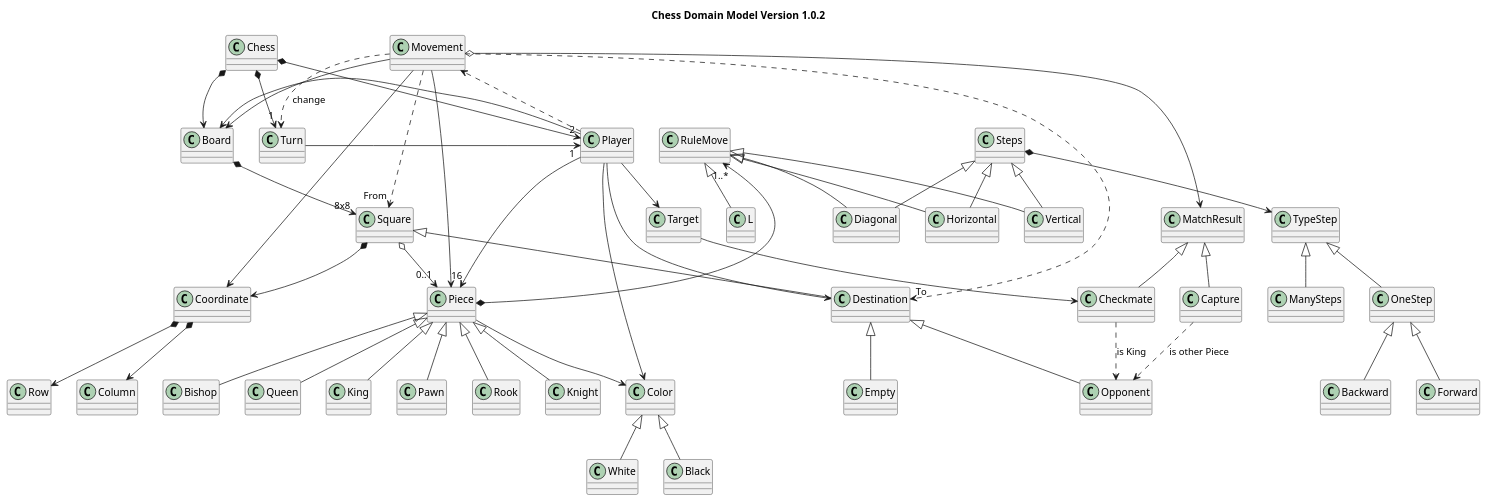
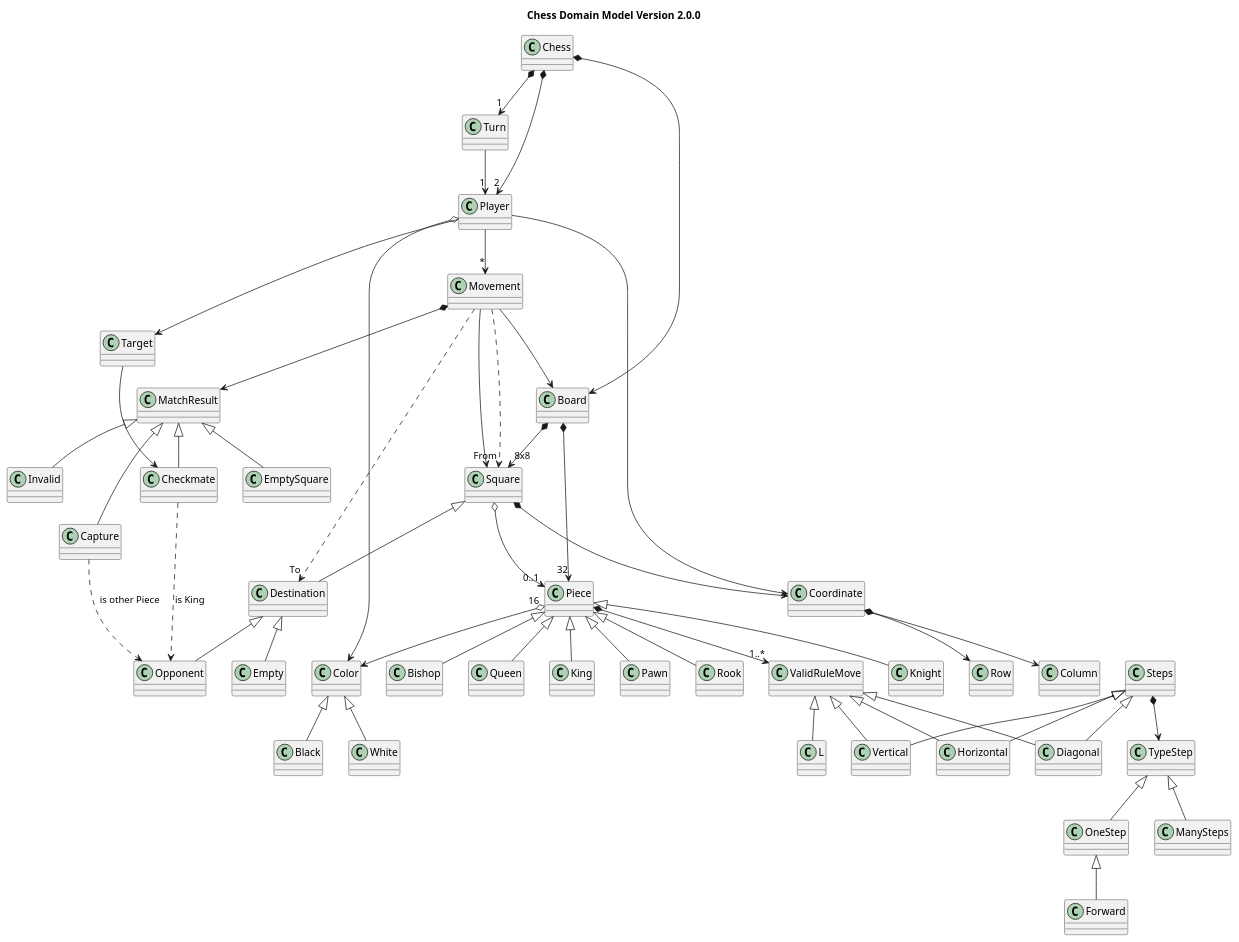
One commit to Master-Desarrollo-20-21/ejercicio-4-ajedrez-polimorfismo-kodenix changed the diagram in chess-domainmodel.puml. Above: the diagram before and after it, drawn with PlantUML. The commit also changed 1 other file, not shown here.

Commit message:
Added new version of domain model diagram

```diff
--- a/chess-domainmodel.puml
+++ b/chess-domainmodel.puml
@@ -1,127 +1,100 @@
-@startuml ChessDomainModel_v1_0_2
+@startuml ChessDomainModel_v2_0_0
 
-	title Chess Domain Model Version 1.0.2
+	title Chess Domain Model Version 2.0.0
 
 	class Chess
-	
-	
-	
     class Square
 	class Empty
 	class Opponent
-    
     class Coordinate
     
 	together {
-		class Player	
-		class RuleMove
-	
+		
 	}
-	
-		class Board
-		class Piece
-		
-	
-
-	
-		class Movement
-		class Turn
-		class RuleMove
+	class Player	
+	class ValidRuleMove
 	
 	
+	class Board
+	class Piece
+	class Movement
+	class Turn
+	class ValidRuleMove
 	class Pawn
 	class Rook
 	class Knight
 	class Bishop
 	class Queen
 	class King
 	class Color
 	class White
 	class Black
-	
-	
 	class Checkmate
 	class Capture
-
 	class Target
 	class Steps
 	class TypeStep
 	class OneStep
 	class Forward
-	class Backward
 	class ManySteps
 	class Destination
 	class Checkmate
+	class EmptySquare
+	class Invalid
 
 	Chess *--> "1" Turn
 	Chess *--> Board
 	Chess *--> "2" Player
 	Turn --> "1" Player
-
     Board *--> "8x8" Square
-
-	Player --> Color
-	Player --> "16" Piece
-	Player --> Destination
-	Player --> Board
-
+	Board *--> "32" Piece
+	Player o--> Color
+	'Player --> Board
 	Player --> Target
+	Player --> Coordinate
+	Player --> "*" Movement
 	Target --> Checkmate
-
-	Color <|-- White
-	Color <|-- Black
-
-	Piece *--> "1..*" RuleMove
-	Piece <|-- Pawn
-	Piece <|-- Bishop
-	Piece <|-- Knight
-	Piece <|-- Rook
-	Piece <|-- Queen
-	Piece <|-- King
-
-	Piece --> Color
-
-	Player ..> Movement
+	Color ^-- White
+	Color ^-- Black
+	Piece *--> "1..*" ValidRuleMove
+	Piece ^-- Pawn
+	Piece ^-- Bishop
+	Piece ^-- Knight
+	Piece ^-- Rook
+	Piece ^-- Queen
+	Piece ^-- King
+	Piece "16" o--> Color
+	Movement --> Square
 	Movement --> Board
-	Movement --> Coordinate
-	Movement ..> Turn : change
 	Movement ..> "To" Destination
     Movement ..> "From" Square
-	Movement --> Piece
-	Movement o--> MatchResult
-
+	'Movement --> Piece
+	Movement *--> MatchResult
 	MatchResult ^-- Checkmate
 	MatchResult ^-- Capture
+	MatchResult ^-- EmptySquare
+	MatchResult ^-- Invalid
 	Checkmate ..>  Opponent : "is King"
 	Capture ..>  Opponent : "is other Piece"
-
+	Square *--> Coordinate
+	Square ^-- Destination
 	Square o--> "0..1" Piece
-    Square <|-- Destination
-    Square *--> Coordinate
-
 	Coordinate *--> Row
 	Coordinate *--> Column
-
-	Destination <|-- Empty
-	Destination <|-- Opponent
-	'Opponent <|-- Target
-	'Target --> King	
-
-	RuleMove <|-- Horizontal
-	RuleMove <|-- Vertical
-	RuleMove <|-- Diagonal
-	RuleMove <|-- L
-
-	
+	Destination ^-- Empty
+	Destination ^-- Opponent	
+	ValidRuleMove ^-- Horizontal
+	ValidRuleMove ^-- Vertical
+	ValidRuleMove ^-- Diagonal
+	ValidRuleMove ^-- L
 	Steps *--> TypeStep
 	TypeStep ^-- OneStep
-		OneStep ^-- Forward
-		OneStep ^-- Backward
+	OneStep ^-- Forward
 	TypeStep ^-- ManySteps
 	Steps ^-- Horizontal
 	Steps ^-- Vertical
 	Steps ^-- Diagonal
 
 	
 
 @enduml
```
